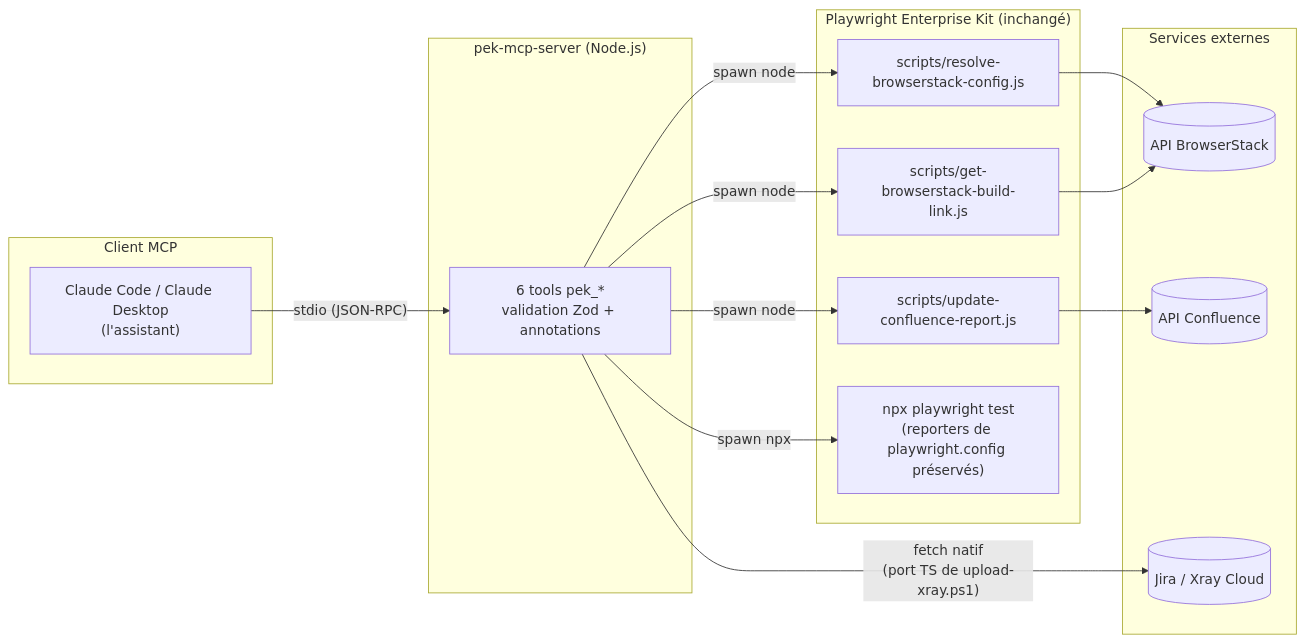
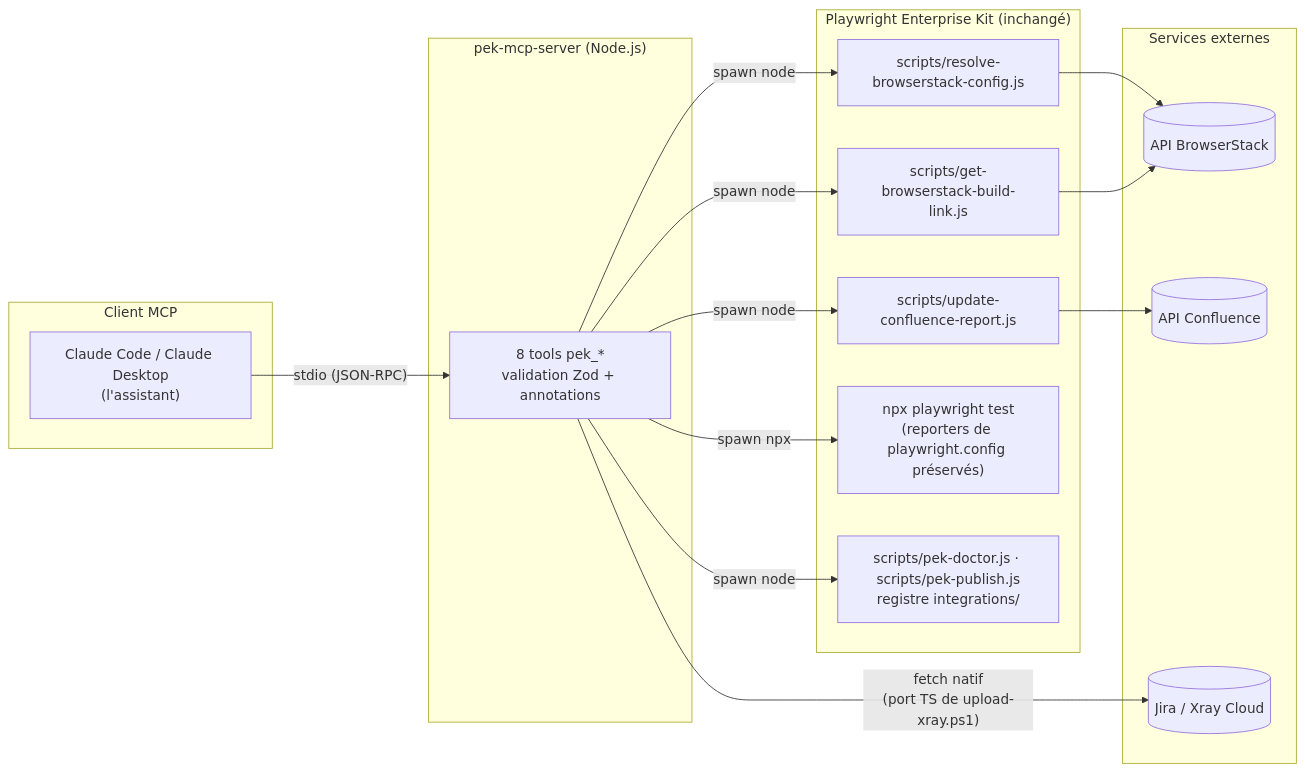
One commit to AlexThibaud1976/playwright-enterprise-kit changed the first of 5 diagrams in docs/mcp-server-user-guide-fr.md. Above: the diagram before and after it, drawn with Mermaid. The commit also changed other lines of this file and 54 other files, not shown here.

````diff
--- a/docs/mcp-server-user-guide-fr.md
+++ b/docs/mcp-server-user-guide-fr.md
@@ -54,33 +56,35 @@
 ```mermaid
 flowchart LR
     subgraph CLIENT["Client MCP"]
         A["Claude Code / Claude Desktop<br/>(l'assistant)"]
     end
 
     subgraph SERVER["pek-mcp-server (Node.js)"]
-        B["6 tools pek_*<br/>validation Zod + annotations"]
+        B["8 tools pek_*<br/>validation Zod + annotations"]
     end
 
     subgraph KIT["Playwright Enterprise Kit (inchangé)"]
         C["scripts/resolve-browserstack-config.js"]
         D["scripts/get-browserstack-build-link.js"]
         E["scripts/update-confluence-report.js"]
         F["npx playwright test<br/>(reporters de playwright.config préservés)"]
+        K["scripts/pek-doctor.js · scripts/pek-publish.js<br/>registre integrations/"]
     end
 
     subgraph EXT["Services externes"]
         H[("API BrowserStack")]
         I[("API Confluence")]
         J[("Jira / Xray Cloud")]
     end
 
     A -- "stdio (JSON-RPC)" --> B
     B -- "spawn node" --> C
     B -- "spawn node" --> D
     B -- "spawn node" --> E
     B -- "spawn npx" --> F
+    B -- "spawn node" --> K
     B -- "fetch natif<br/>(port TS de upload-xray.ps1)" --> J
     C --> H
     D --> H
     E --> I
 ```
````
